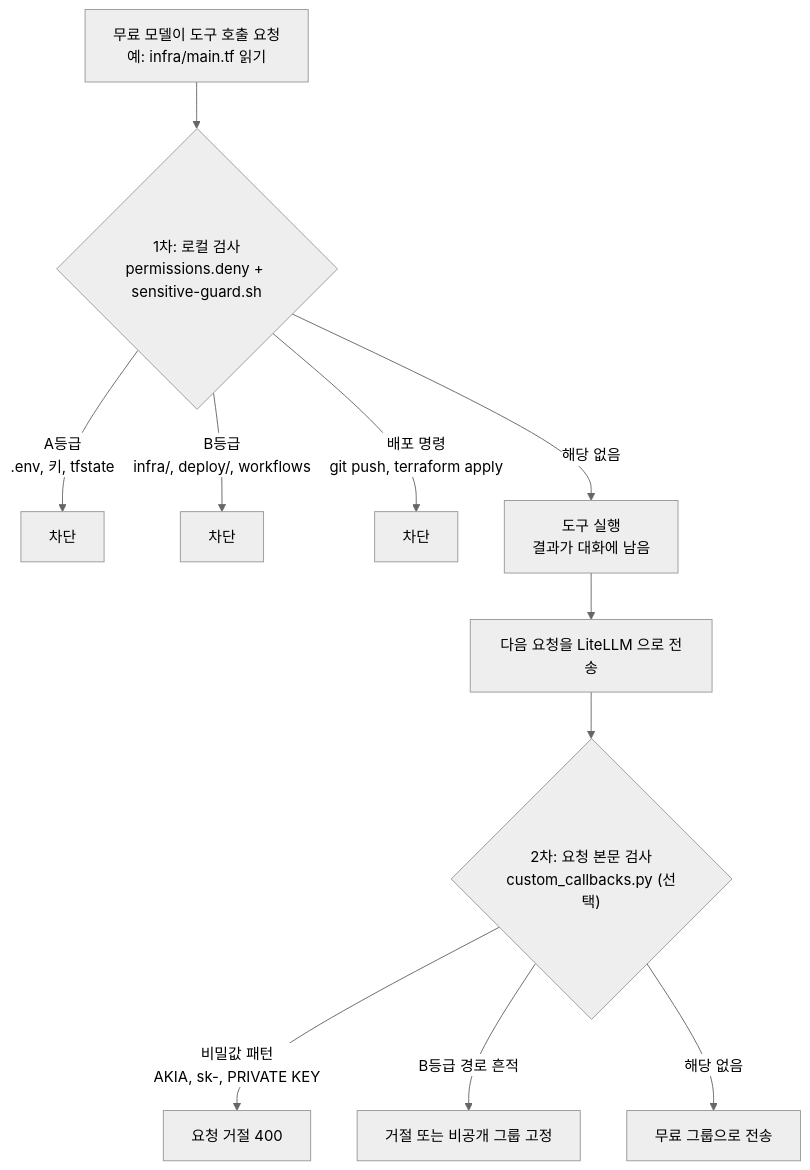
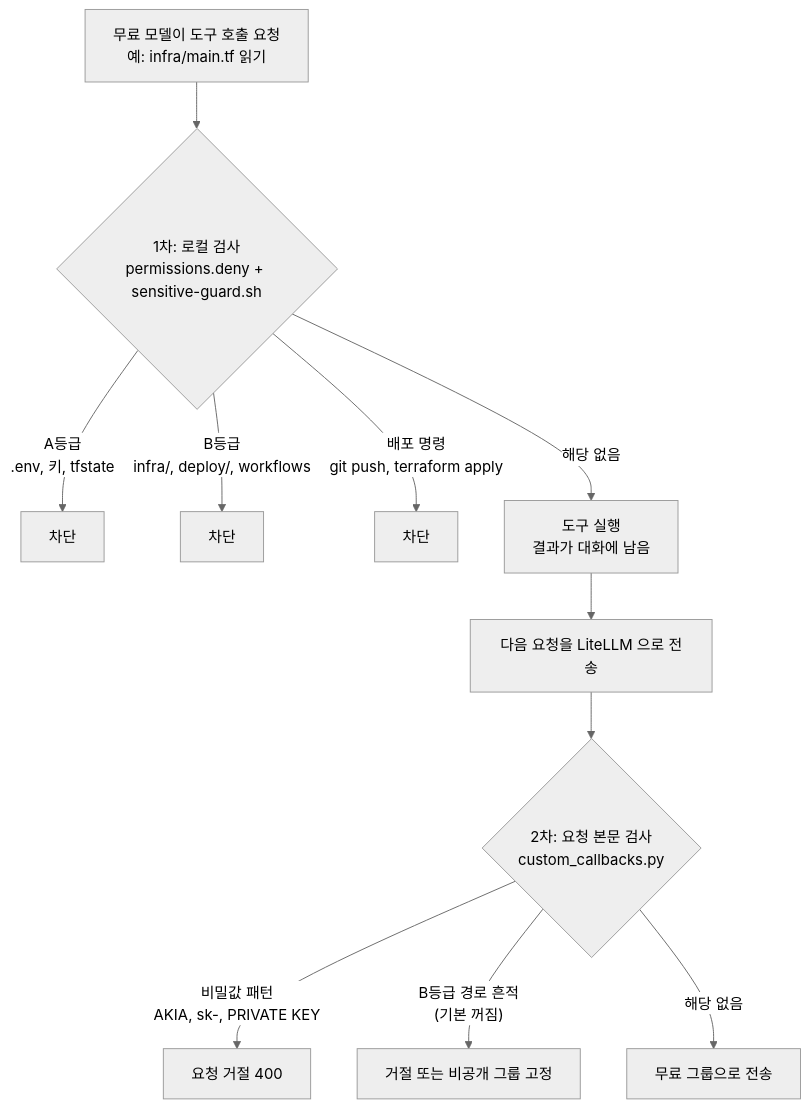
The second of 2 diagrams in README.md (LonerStayle/claude-free-settings), drawn with Mermaid (neutral theme) before and after one commit. The commit also changed other lines of this file and 6 other files, not shown here.

````diff
--- a/README.md
+++ b/README.md
@@ -56,16 +56,16 @@
 ```mermaid
 flowchart TD
     A["무료 모델이 도구 호출 요청<br/>예: infra/main.tf 읽기"] --> B{"1차: 로컬 검사<br/>permissions.deny + sensitive-guard.sh"}
 
     B -- "A등급<br/>.env, 키, tfstate" --> X1["차단"]
     B -- "B등급<br/>infra/, deploy/, workflows" --> X2["차단"]
     B -- "배포 명령<br/>git push, terraform apply" --> X3["차단"]
     B -- "해당 없음" --> R["도구 실행<br/>결과가 대화에 남음"]
 
     R --> P["다음 요청을 LiteLLM 으로 전송"]
-    P --> D{"2차: 요청 본문 검사<br/>custom_callbacks.py (선택)"}
+    P --> D{"2차: 요청 본문 검사<br/>custom_callbacks.py"}
 
     D -- "비밀값 패턴<br/>AKIA, sk-, PRIVATE KEY" --> Y1["요청 거절 400"]
-    D -- "B등급 경로 흔적" --> Y2["거절 또는 비공개 그룹 고정"]
+    D -- "B등급 경로 흔적<br/>(기본 꺼짐)" --> Y2["거절 또는 비공개 그룹 고정"]
     D -- "해당 없음" --> OK["무료 그룹으로 전송"]
 ```
````
